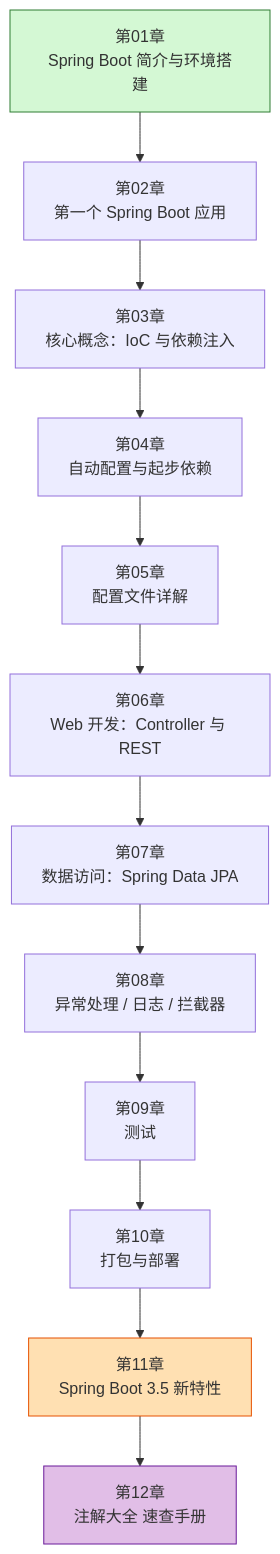
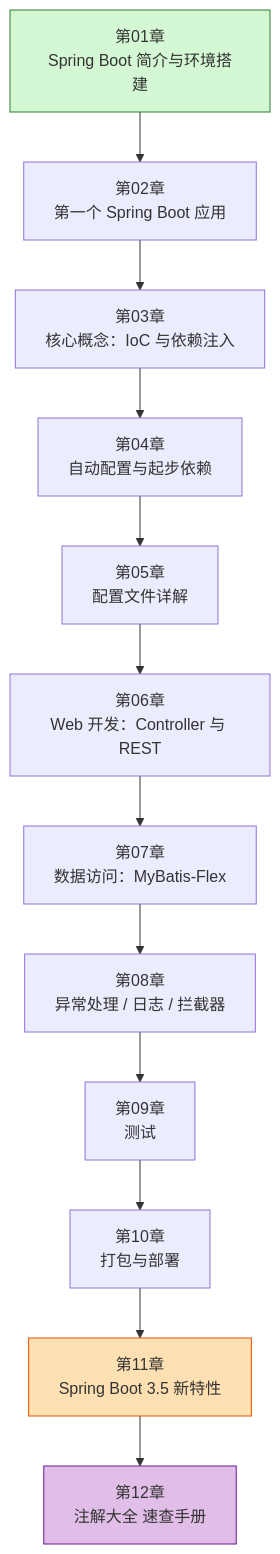
Before and after one commit to zerioo1970/summary: the first of 2 diagrams in spring-boot-3.5-学习资料/README.md, drawn with Mermaid. The commit also changed other lines of this file and 4 other files, not shown here.

First line of the commit message:
docs: 第07章数据访问改用 MyBatis-Flex 并扩写5倍+

````diff
--- a/spring-boot-3.5-学习资料/README.md
+++ b/spring-boot-3.5-学习资料/README.md
@@ -13,18 +13,18 @@
 ```mermaid
 flowchart TD
     A[第01章<br/>Spring Boot 简介与环境搭建] --> B[第02章<br/>第一个 Spring Boot 应用]
     B --> C[第03章<br/>核心概念：IoC 与依赖注入]
     C --> D[第04章<br/>自动配置与起步依赖]
     D --> E[第05章<br/>配置文件详解]
     E --> F[第06章<br/>Web 开发：Controller 与 REST]
-    F --> G[第07章<br/>数据访问：Spring Data JPA]
+    F --> G[第07章<br/>数据访问：MyBatis-Flex]
     G --> H[第08章<br/>异常处理 / 日志 / 拦截器]
     H --> I[第09章<br/>测试]
     I --> J[第10章<br/>打包与部署]
     J --> K[第11章<br/>Spring Boot 3.5 新特性]
     K --> L[第12章<br/>注解大全 速查手册]
 
     style A fill:#d4f8d4,stroke:#2e7d32
     style K fill:#ffe0b2,stroke:#e65100
     style L fill:#e1bee7,stroke:#6a1b9a
 ```
````
